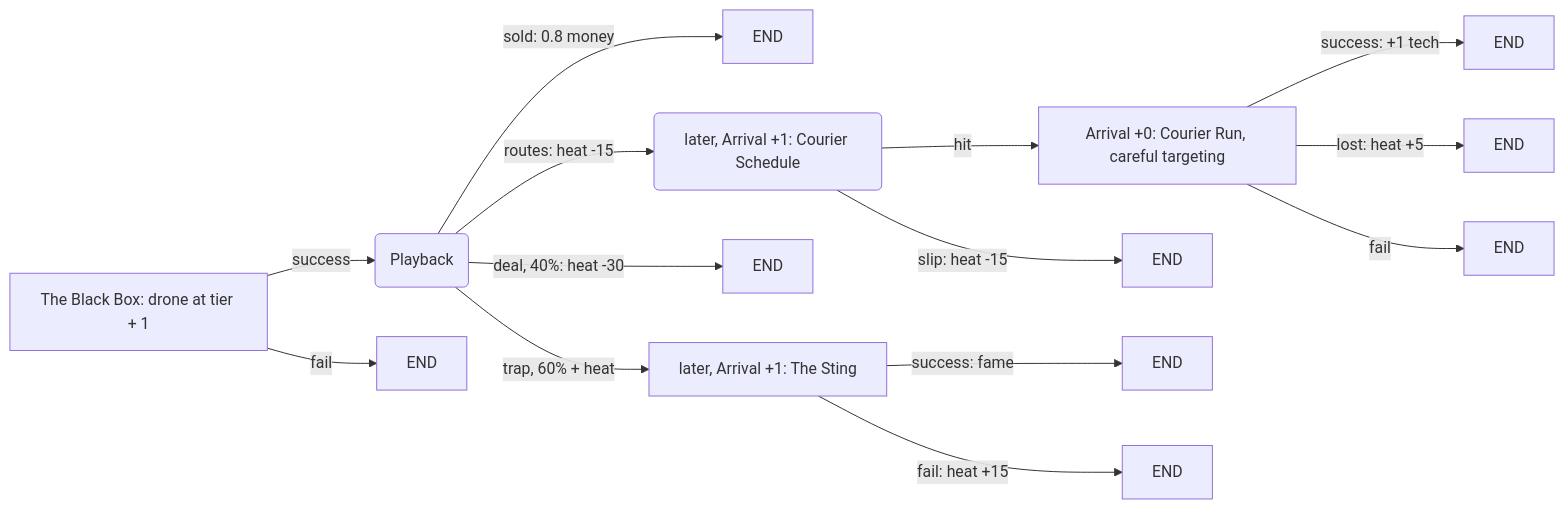
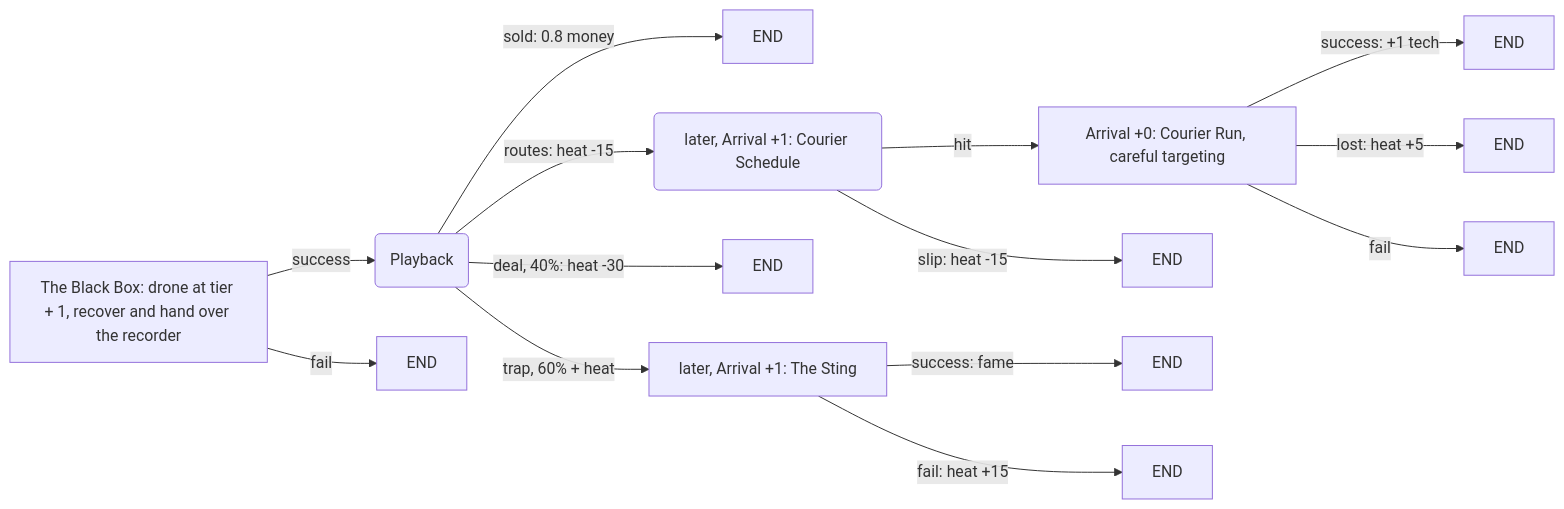
Before and after one commit to Yarden-zamir/cosmoteer-hot-cargo: the sixth of 6 diagrams in CHAINS.md, drawn with Mermaid. The commit also changed other lines of this file and 7 other files, not shown here.

````diff
--- a/CHAINS.md
+++ b/CHAINS.md
@@ -174,16 +174,16 @@
 ```mermaid
 graph LR
-  recorder["The Black Box: drone at tier + 1"] -->|success| playback("Playback")
+  recorder["The Black Box: drone at tier + 1, recover and hand over the recorder"] -->|success| playback("Playback")
   recorder -->|fail| END1[END]
   playback -->|sold: 0.8 money| END2[END]
   playback -->|routes: heat -15| routes("later, Arrival +1: Courier Schedule")
   playback -->|deal, 40%: heat -30| END3[END]
   playback -->|trap, 60% + heat| sting["later, Arrival +1: The Sting"]
   routes -->|hit| courier["Arrival +0: Courier Run, careful targeting"]
   routes -->|slip: heat -15| END4[END]
   courier -->|success: +1 tech| END5[END]
   courier -->|lost: heat +5| END6[END]
   courier -->|fail| END7[END]
   sting -->|success: fame| END8[END]
   sting -->|fail: heat +15| END9[END]
 ```
````
